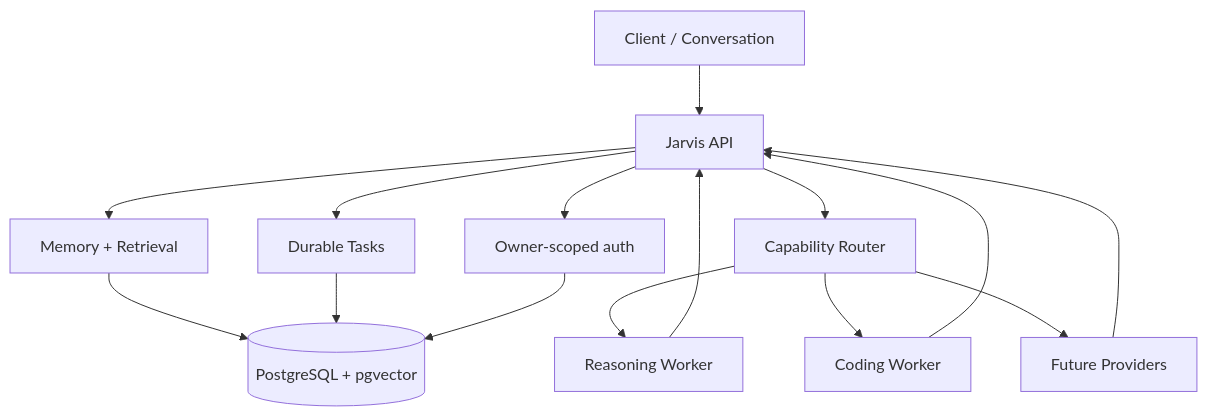
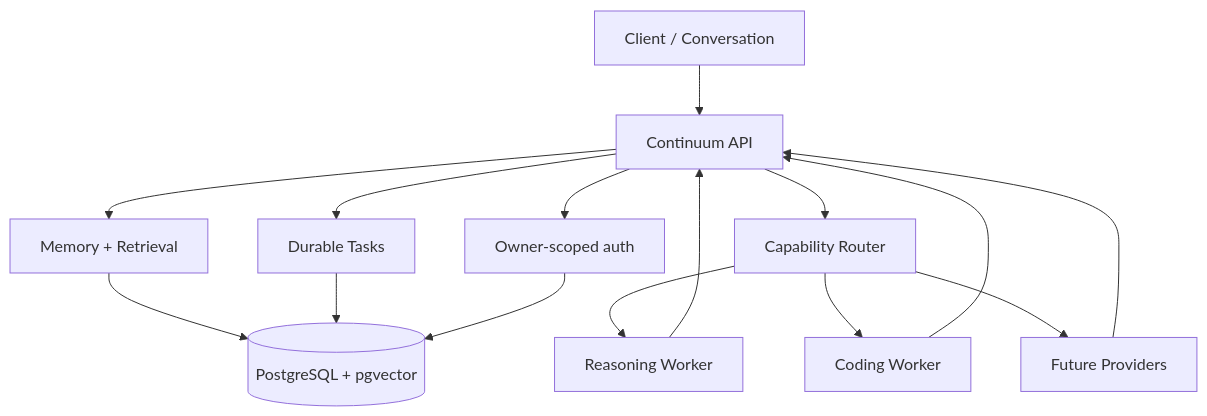
One commit to AlpKincak/continuum-showcase changed the diagram in README.md. Above: the diagram before and after it, drawn with Mermaid. The commit also changed other lines of this file, not shown here.

Commit message:
Align Continuum showcase branding and test description

````diff
--- a/README.md
+++ b/README.md
@@ -19,20 +19,20 @@
 ```mermaid
 flowchart TD
-    C[Client / Conversation] --> API[Jarvis API]
+    C[Client / Conversation] --> API[Continuum API]
     API --> AUTH[Owner-scoped auth]
     API --> MEM[Memory + Retrieval]
     API --> TASKS[Durable Tasks]
     API --> ROUTER[Capability Router]
 
     MEM --> PG[(PostgreSQL + pgvector)]
     TASKS --> PG
     AUTH --> PG
 
     ROUTER --> R[Reasoning Worker]
     ROUTER --> CDE[Coding Worker]
     ROUTER --> FUTURE[Future Providers]
 
     R --> API
     CDE --> API
     FUTURE --> API
 ```
````
